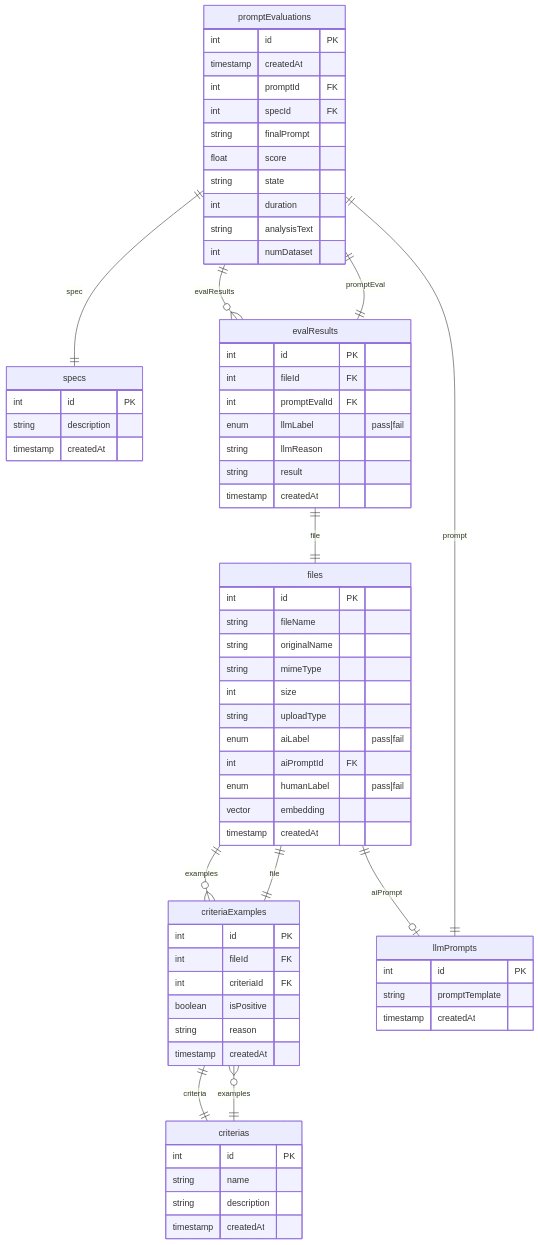
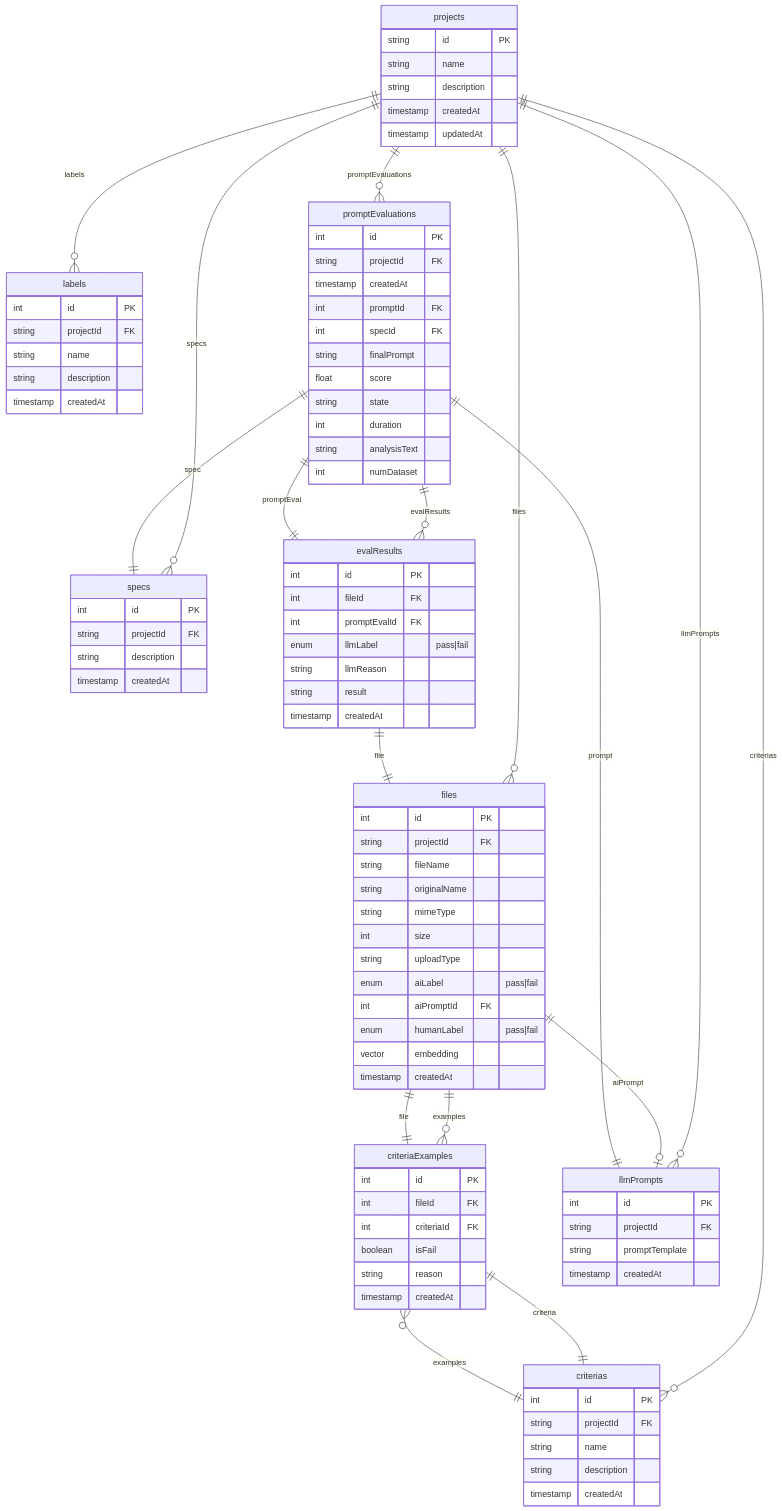
Before and after one commit to msrks/llmbox: the diagram in README.md, drawn with Mermaid. The commit also changed 4 other files, not shown here.

````diff
--- a/README.md
+++ b/README.md
@@ -38,7 +38,15 @@
 ```mermaid
 erDiagram
+    projects {
+        string id PK
+        string name
+        string description
+        timestamp createdAt
+        timestamp updatedAt
+    }
     files {
         int id PK
+        string projectId FK
         string fileName
         string originalName
         string mimeType
@@ -50,8 +58,16 @@
         vector embedding
         timestamp createdAt
     }
+    labels {
+        int id PK
+        string projectId FK
+        string name
+        string description
+        timestamp createdAt
+    }
     criterias {
         int id PK
+        string projectId FK
         string name
         string description
         timestamp createdAt
@@ -60,22 +76,25 @@
         int id PK
         int fileId FK
         int criteriaId FK
-        boolean isPositive
+        boolean isFail
         string reason
         timestamp createdAt
     }
     llmPrompts {
         int id PK
+        string projectId FK
         string promptTemplate
         timestamp createdAt
     }
     specs {
         int id PK
+        string projectId FK
         string description
         timestamp createdAt
     }
     promptEvaluations {
         int id PK
+        string projectId FK
         timestamp createdAt
         int promptId FK
         int specId FK
@@ -96,6 +115,13 @@
         timestamp createdAt
     }
 
+    projects ||--o{ files : "files"
+    projects ||--o{ labels : "labels"
+    projects ||--o{ criterias : "criterias"
+    projects ||--o{ llmPrompts : "llmPrompts"
+    projects ||--o{ specs : "specs"
+    projects ||--o{ promptEvaluations : "promptEvaluations"
+
     files ||--o| llmPrompts : "aiPrompt"
     files ||--o{ criteriaExamples : "examples"
     criterias ||--o{ criteriaExamples : "examples"
````
